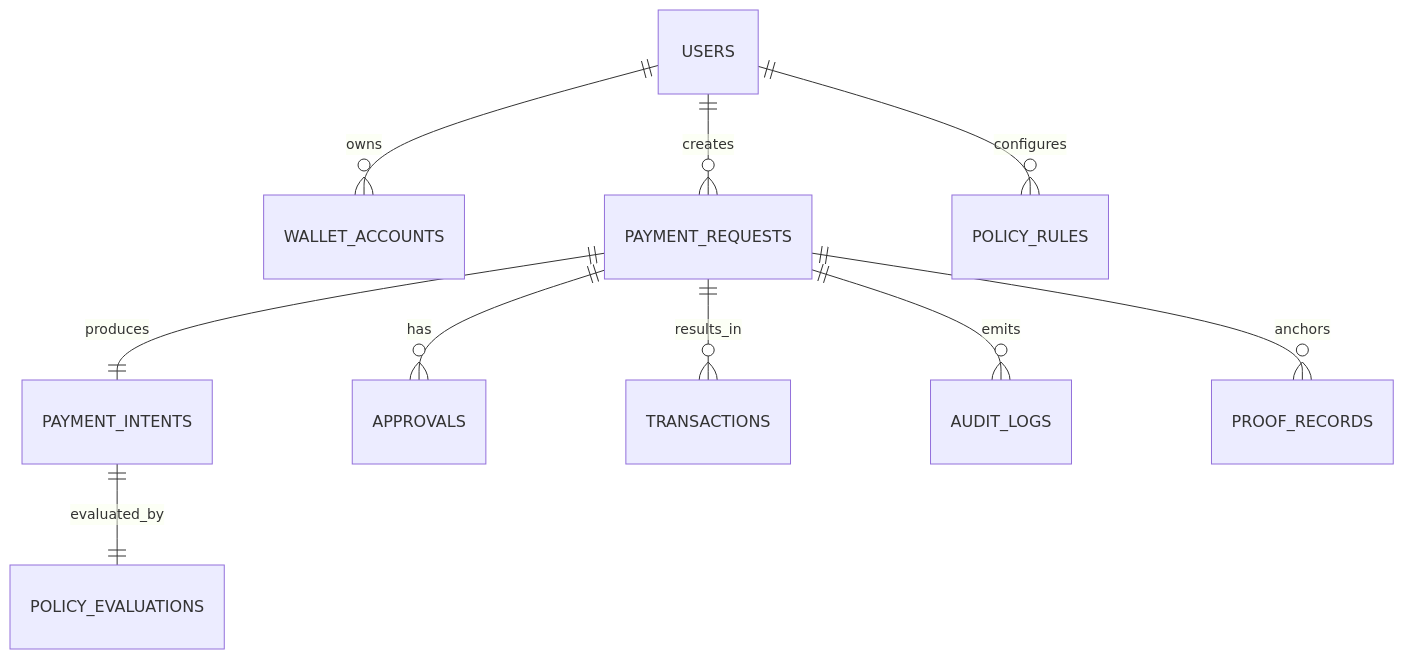
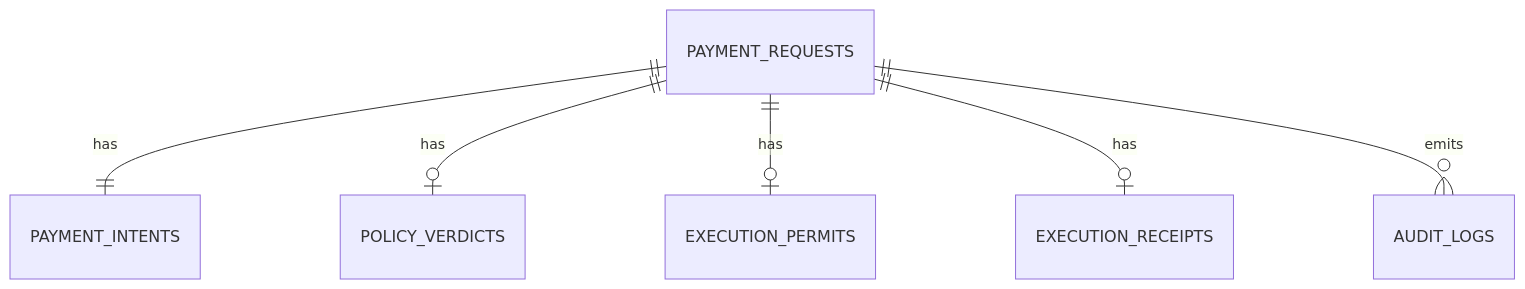
Before and after one commit to STR7ANGER/VeriPay: the diagram in planning/05-data-model.md, drawn with Mermaid. The commit also changed other lines of this file and 34 other files, not shown here.

Commit message:
VP-013 implement Bankr-first delegated guardrails flow

````diff
--- a/planning/05-data-model.md
+++ b/planning/05-data-model.md
@@ -5,12 +14,8 @@
 ```mermaid
 erDiagram
-    USERS ||--o{ WALLET_ACCOUNTS : owns
-    USERS ||--o{ PAYMENT_REQUESTS : creates
-    PAYMENT_REQUESTS ||--|| PAYMENT_INTENTS : produces
-    PAYMENT_INTENTS ||--|| POLICY_EVALUATIONS : evaluated_by
-    PAYMENT_REQUESTS ||--o{ APPROVALS : has
-    PAYMENT_REQUESTS ||--o{ TRANSACTIONS : results_in
+    PAYMENT_REQUESTS ||--|| PAYMENT_INTENTS : has
+    PAYMENT_REQUESTS ||--o| POLICY_VERDICTS : has
+    PAYMENT_REQUESTS ||--o| EXECUTION_PERMITS : has
+    PAYMENT_REQUESTS ||--o| EXECUTION_RECEIPTS : has
     PAYMENT_REQUESTS ||--o{ AUDIT_LOGS : emits
-    PAYMENT_REQUESTS ||--o{ PROOF_RECORDS : anchors
-    USERS ||--o{ POLICY_RULES : configures
 ```
````
